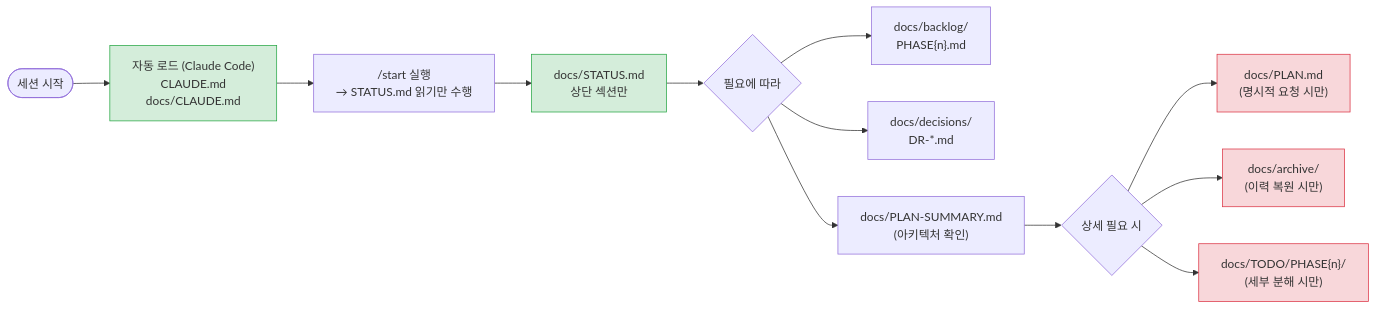
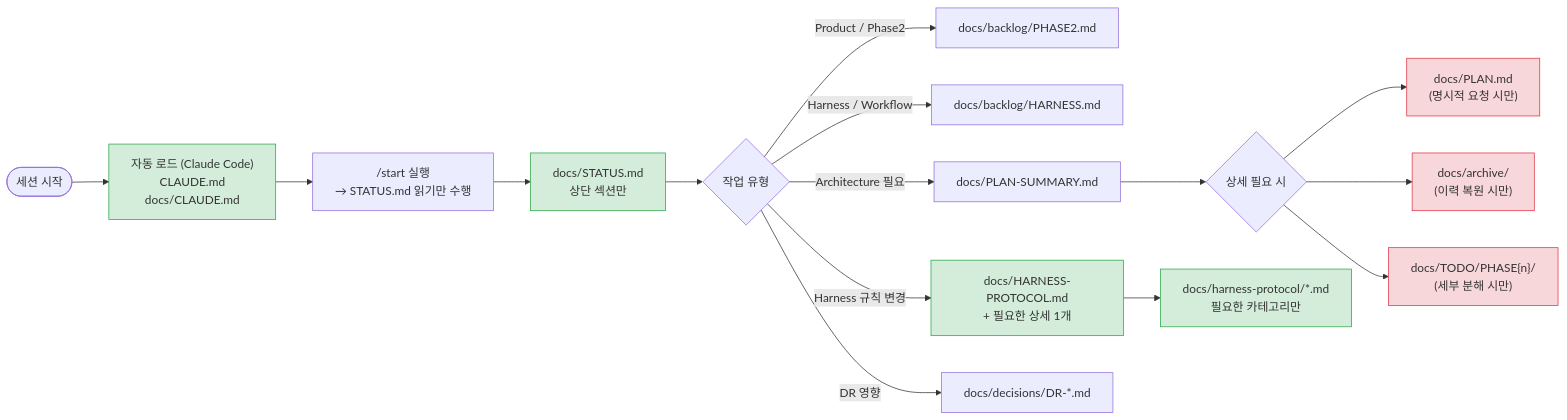
Before and after one commit to kyungseo/ai-workflow-harness: the fifth of 6 diagrams in docs/WORKFLOW-MANUAL.md, drawn with Mermaid. The commit also changed other lines of this file and 70 other files, not shown here.

Commit message:
refactor: align AI workflow harness

````diff
--- a/docs/WORKFLOW-MANUAL.md
+++ b/docs/WORKFLOW-MANUAL.md
@@ -408,20 +525,26 @@
 ```mermaid
 flowchart LR
     SESSION([세션 시작]) --> AUTO["자동 로드 (Claude Code)\nCLAUDE.md\ndocs/CLAUDE.md"]
     AUTO --> CMD["/start 실행\n→ STATUS.md 읽기만 수행"]
     CMD --> STATUS["docs/STATUS.md\n상단 섹션만"]
-    STATUS --> NEED{필요에 따라}
-    NEED --> BACKLOG["docs/backlog/\nPHASE{n}.md"]
-    NEED --> DECISIONS["docs/decisions/\nDR-*.md"]
-    NEED --> PLAN_S["docs/PLAN-SUMMARY.md\n(아키텍처 확인)"]
+    STATUS --> ROUTE{작업 유형}
+    ROUTE -- Product / Phase2 --> PBACKLOG["docs/backlog/PHASE2.md"]
+    ROUTE -- Harness / Workflow --> HBACKLOG["docs/backlog/HARNESS.md"]
+    ROUTE -- Harness 규칙 변경 --> HPROTO["docs/HARNESS-PROTOCOL.md\n+ 필요한 상세 1개"]
+    ROUTE -- Architecture 필요 --> PLAN_S["docs/PLAN-SUMMARY.md"]
+    ROUTE -- DR 영향 --> DECISIONS["docs/decisions/DR-*.md"]
+
     PLAN_S --> ON_DEMAND{상세 필요 시}
     ON_DEMAND --> PLAN["docs/PLAN.md\n(명시적 요청 시만)"]
     ON_DEMAND --> ARCHIVE["docs/archive/\n(이력 복원 시만)"]
     ON_DEMAND --> TODO["docs/TODO/PHASE{n}/\n(세부 분해 시만)"]
+    HPROTO --> HDETAIL["docs/harness-protocol/*.md\n필요한 카테고리만"]
 
     style AUTO fill:#d4edda,stroke:#28a745
     style STATUS fill:#d4edda,stroke:#28a745
+    style HPROTO fill:#d4edda,stroke:#28a745
+    style HDETAIL fill:#d4edda,stroke:#28a745
     style PLAN fill:#f8d7da,stroke:#dc3545
     style ARCHIVE fill:#f8d7da,stroke:#dc3545
     style TODO fill:#f8d7da,stroke:#dc3545
 ```
````
